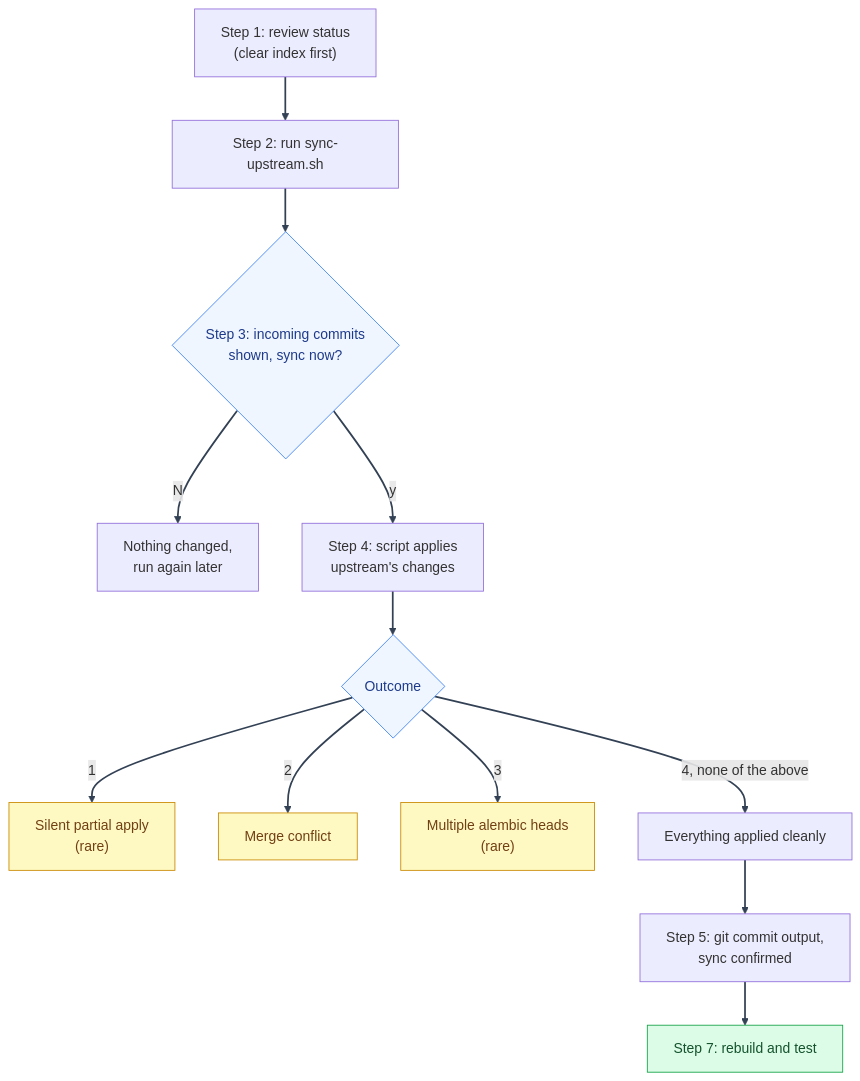
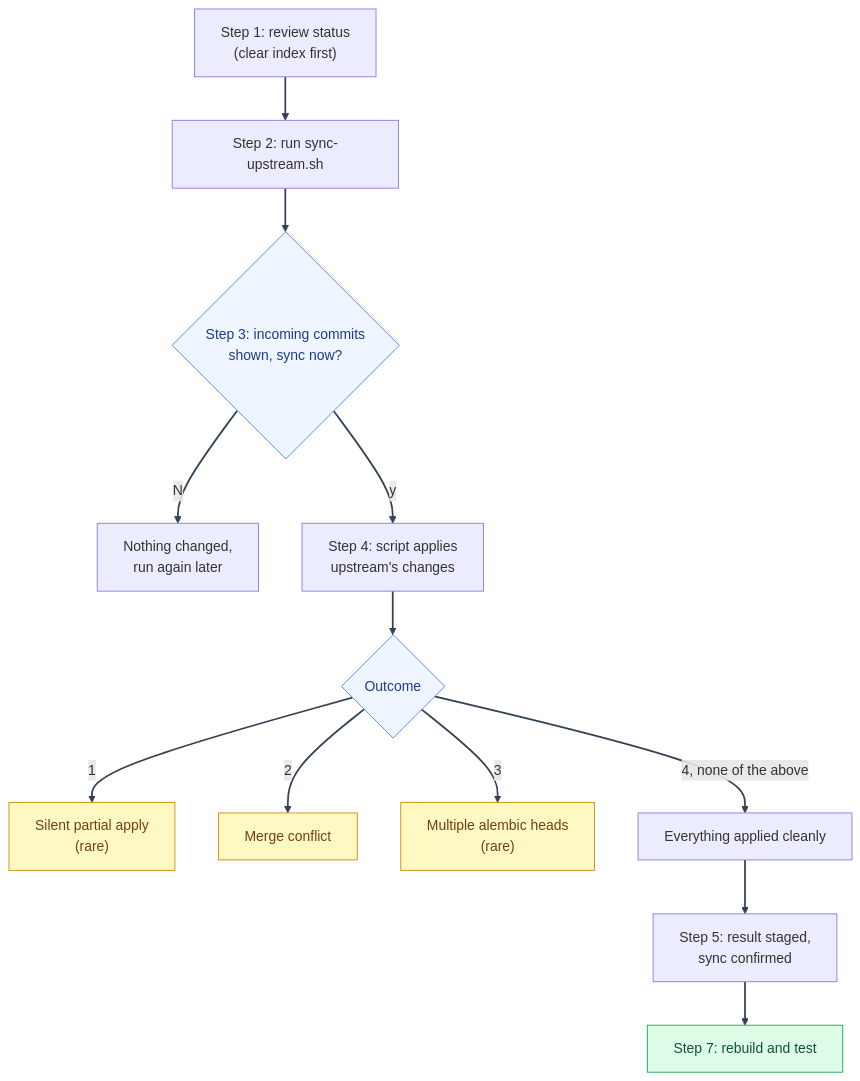
One commit to Nachiket-2024/mystic-auth changed the diagram in docs/mystic_auth/template-usage/syncing-upstream/README.md. Above: the diagram before and after it, drawn with Mermaid. The commit also changed other lines of this file and 820 other files, not shown here.

````diff
--- a/docs/mystic_auth/template-usage/syncing-upstream/README.md
+++ b/docs/mystic_auth/template-usage/syncing-upstream/README.md
@@ -44,32 +49,32 @@
 ```mermaid
 %%{init: {"themeVariables": {"lineColor": "#334155"}} }%%
 flowchart TD
     S1["Step 1: review status\n(clear index first)"]
     S2["Step 2: run sync-upstream.sh"]
     S3{"Step 3: incoming commits\nshown, sync now?"}
     Wait["Nothing changed,\nrun again later"]
     S4["Step 4: script applies\nupstream's changes"]
     Outcome{"Outcome"}
     Silent["Silent partial apply\n(rare)"]
     Conflict["Merge conflict"]
     Heads["Multiple alembic heads\n(rare)"]
     Clean["Everything applied cleanly"]
-    S5["Step 5: git commit output,\nsync confirmed"]
+    S5["Step 5: result staged,\nsync confirmed"]
     S7["Step 7: rebuild and test"]
 
     S1 --> S2 --> S3
     S3 -- "N" --> Wait
     S3 -- "y" --> S4 --> Outcome
     Outcome -- "1" --> Silent
     Outcome -- "2" --> Conflict
     Outcome -- "3" --> Heads
     Outcome -- "4, none of the above" --> Clean --> S5 --> S7
 
     classDef decision fill:#eff6ff,stroke:#3b82f6,color:#1e3a8a
     classDef caution fill:#fef9c3,stroke:#ca8a04,color:#713f12
     classDef terminal fill:#dcfce7,stroke:#16a34a,color:#14532d
     class S3,Outcome decision
     class Silent,Conflict,Heads caution
     class S7 terminal
     linkStyle default stroke:#334155,stroke-width:2px
 ```
````
